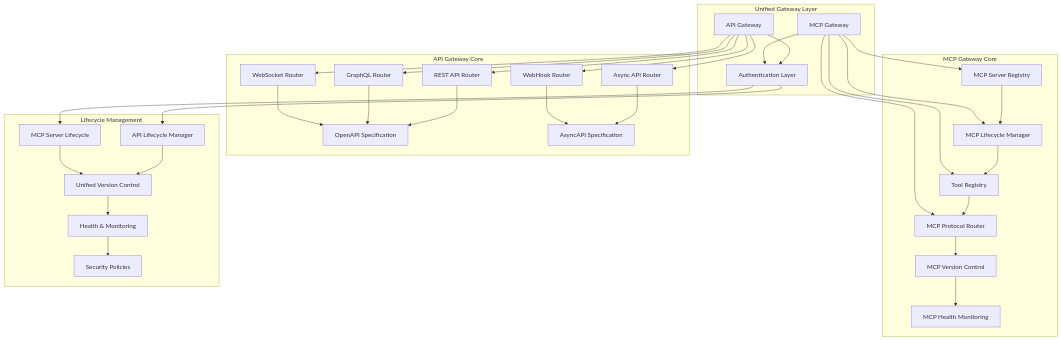
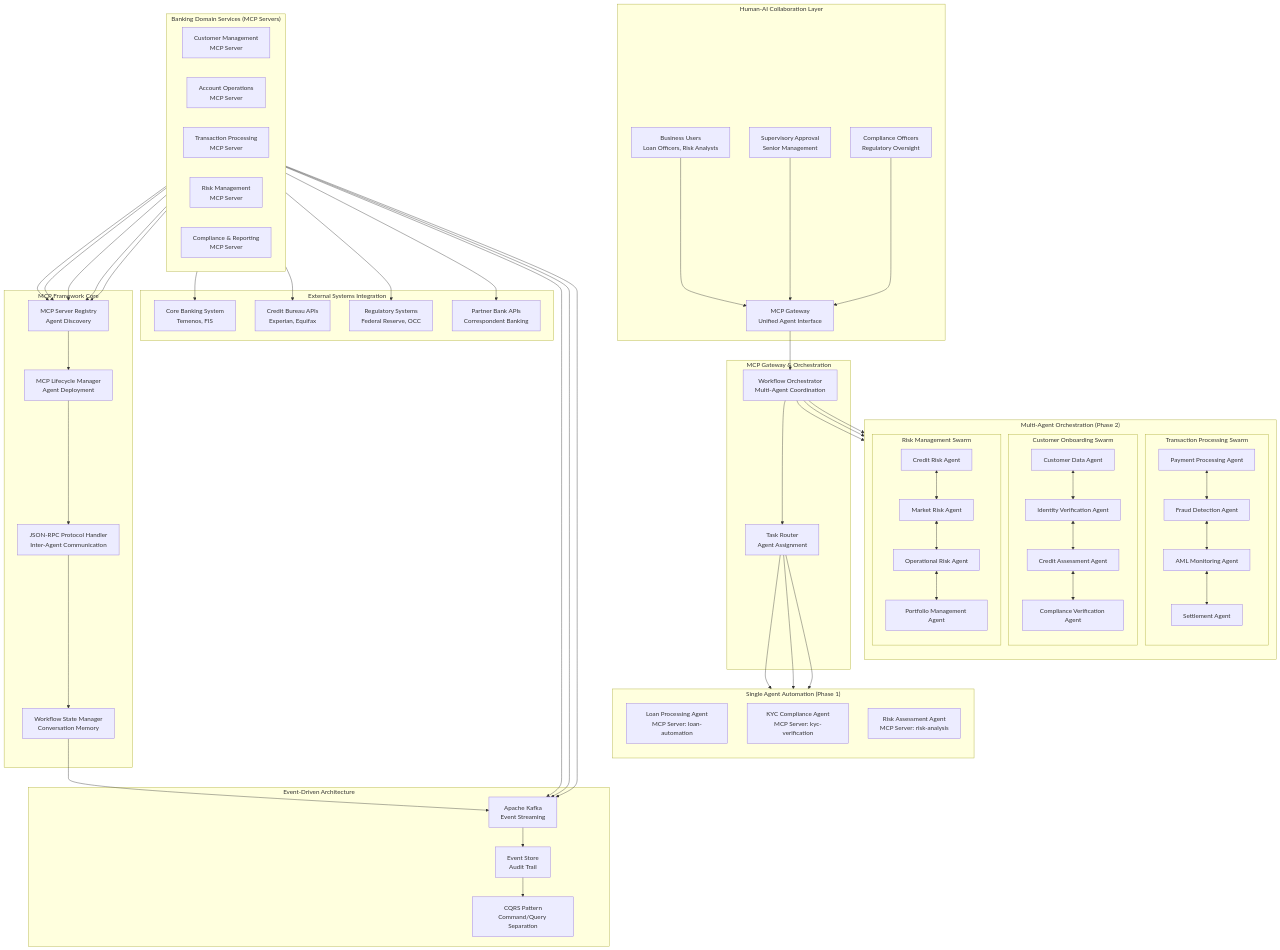
Before and after one commit to calvinlee999/AI-Platform-for-FinTech-Evolution: the second of 6 diagrams in README.md, drawn with Mermaid. The commit also changed other lines of this file, not shown here.

First line of the commit message:
🚀 Deploy Level 0 Architecture - Strategic AI Platform for FinTech Evolution

````diff
--- a/README.md
+++ b/README.md
@@ -259,69 +177,125 @@
 ```mermaid
 graph TB
-    subgraph "Unified Gateway Layer"
-        APIGateway[API Gateway]
-        MCPGateway[MCP Gateway]
-        AuthLayer[Authentication Layer]
+    subgraph "Human-AI Collaboration Layer"
+        BusinessUser[Business Users<br/>Loan Officers, Risk Analysts]
+        Supervisor[Supervisory Approval<br/>Senior Management]
+        ComplianceOfficer[Compliance Officers<br/>Regulatory Oversight]
+        
+        BusinessUser --> MCPGateway
+        Supervisor --> MCPGateway
+        ComplianceOfficer --> MCPGateway
     end
     
-    subgraph "API Gateway Core"
-        RESTRouter[REST API Router]
-        AsyncRouter[Async API Router]
-        GraphQLRouter[GraphQL Router]
-        WebHookRouter[WebHook Router]
-        WebSocketRouter[WebSocket Router]
-        OpenAPISpec[OpenAPI Specification]
-        AsyncAPISpec[AsyncAPI Specification]
+    subgraph "MCP Gateway & Orchestration"
+        MCPGateway[MCP Gateway<br/>Unified Agent Interface]
+        WorkflowOrchestrator[Workflow Orchestrator<br/>Multi-Agent Coordination]
+        TaskRouter[Task Router<br/>Agent Assignment]
         
-        RESTRouter --> OpenAPISpec
-        AsyncRouter --> AsyncAPISpec
-        GraphQLRouter --> OpenAPISpec
-        WebHookRouter --> AsyncAPISpec
-        WebSocketRouter --> OpenAPISpec
+        MCPGateway --> WorkflowOrchestrator
+        WorkflowOrchestrator --> TaskRouter
     end
     
-    subgraph "MCP Gateway Core"
-        MCPRegistry[MCP Server Registry]
-        MCPLifecycle[MCP Lifecycle Manager]
-        ToolRegistry[Tool Registry]
-        MCPRouter[MCP Protocol Router]
-        MCPVersioning[MCP Version Control]
-        MCPMonitoring[MCP Health Monitoring]
+    subgraph "Single Agent Automation (Phase 1)"
+        direction TB
+        LoanAgent[Loan Processing Agent<br/>MCP Server: loan-automation]
+        KYCAgent[KYC Compliance Agent<br/>MCP Server: kyc-verification]
+        RiskAgent[Risk Assessment Agent<br/>MCP Server: risk-analysis]
+        
+        TaskRouter --> LoanAgent
+        TaskRouter --> KYCAgent
+        TaskRouter --> RiskAgent
+    end
+    
+    subgraph "Multi-Agent Orchestration (Phase 2)"
+        direction TB
+        
+        subgraph "Customer Onboarding Swarm"
+            CustomerAgent[Customer Data Agent]
+            IdentityAgent[Identity Verification Agent]
+            CreditAgent[Credit Assessment Agent]
+            ComplianceAgent[Compliance Verification Agent]
+            
+            CustomerAgent <--> IdentityAgent
+            IdentityAgent <--> CreditAgent
+            CreditAgent <--> ComplianceAgent
+        end
+        
+        subgraph "Transaction Processing Swarm"
+            PaymentAgent[Payment Processing Agent]
+            FraudAgent[Fraud Detection Agent]
+            AMLAgent[AML Monitoring Agent]
+            SettlementAgent[Settlement Agent]
+            
+            PaymentAgent <--> FraudAgent
+            FraudAgent <--> AMLAgent
+            AMLAgent <--> SettlementAgent
+        end
+        
+        subgraph "Risk Management Swarm"
+            CreditRiskAgent[Credit Risk Agent]
+            MarketRiskAgent[Market Risk Agent]
+            OperationalRiskAgent[Operational Risk Agent]
+            PortfolioAgent[Portfolio Management Agent]
+            
+            CreditRiskAgent <--> MarketRiskAgent
+            MarketRiskAgent <--> OperationalRiskAgent
+            OperationalRiskAgent <--> PortfolioAgent
+        end
+        
+        WorkflowOrchestrator --> CustomerAgent
+        WorkflowOrchestrator --> PaymentAgent
+        WorkflowOrchestrator --> CreditRiskAgent
+    end
+    
+    subgraph "MCP Framework Core"
+        MCPRegistry[MCP Server Registry<br/>Agent Discovery]
+        MCPLifecycle[MCP Lifecycle Manager<br/>Agent Deployment]
+        ProtocolHandler[JSON-RPC Protocol Handler<br/>Inter-Agent Communication]
+        StateManager[Workflow State Manager<br/>Conversation Memory]
         
         MCPRegistry --> MCPLifecycle
-        MCPLifecycle --> ToolRegistry
-        ToolRegistry --> MCPRouter
-        MCPRouter --> MCPVersioning
-        MCPVersioning --> MCPMonitoring
+        MCPLifecycle --> ProtocolHandler
+        ProtocolHandler --> StateManager
     end
     
-    subgraph "Lifecycle Management"
-        APILifecycle[API Lifecycle Manager]
-        MCPServerLifecycle[MCP Server Lifecycle]
-        VersionControl[Unified Version Control]
-        HealthChecks[Health & Monitoring]
-        SecurityPolicy[Security Policies]
+    subgraph "Banking Domain Services (MCP Servers)"
+        direction LR
+        CustomerMCP[Customer Management<br/>MCP Server]
+        AccountMCP[Account Operations<br/>MCP Server]
+        TransactionMCP[Transaction Processing<br/>MCP Server]
+        RiskMCP[Risk Management<br/>MCP Server]
+        ComplianceMCP[Compliance & Reporting<br/>MCP Server]
         
-        APILifecycle --> VersionControl
-        MCPServerLifecycle --> VersionControl
-        VersionControl --> HealthChecks
-        HealthChecks --> SecurityPolicy
+        CustomerMCP --> MCPRegistry
+        AccountMCP --> MCPRegistry
+        TransactionMCP --> MCPRegistry
+        RiskMCP --> MCPRegistry
+        ComplianceMCP --> MCPRegistry
     end
     
-    APIGateway --> RESTRouter
-    APIGateway --> AsyncRouter
-    APIGateway --> GraphQLRouter
-    APIGateway --> WebHookRouter
-    APIGateway --> WebSocketRouter
+    subgraph "External Systems Integration"
+        CoreBanking[Core Banking System<br/>Temenos, FIS]
+        CreditBureau[Credit Bureau APIs<br/>Experian, Equifax]
+        RegulatoryAPI[Regulatory Systems<br/>Federal Reserve, OCC]
+        PartnerBanks[Partner Bank APIs<br/>Correspondent Banking]
+        
+        CustomerMCP --> CoreBanking
+        AccountMCP --> CreditBureau
+        ComplianceMCP --> RegulatoryAPI
+        TransactionMCP --> PartnerBanks
+    end
     
-    MCPGateway --> MCPRegistry
-    MCPGateway --> MCPLifecycle
-    MCPGateway --> ToolRegistry
-    MCPGateway --> MCPRouter
+    subgraph "Event-Driven Architecture"
+        EventBus[Apache Kafka<br/>Event Streaming]
+        EventStore[Event Store<br/>Audit Trail]
+        CQRS[CQRS Pattern<br/>Command/Query Separation]
+        
+        EventBus --> EventStore
+        EventStore --> CQRS
+    end
     
-    APIGateway --> AuthLayer
-    MCPGateway --> AuthLayer
-    
-    AuthLayer --> APILifecycle
-    AuthLayer --> MCPServerLifecycle
+    StateManager --> EventBus
+    CustomerMCP --> EventBus
+    TransactionMCP --> EventBus
+    ComplianceMCP --> EventBus
 ```
````
